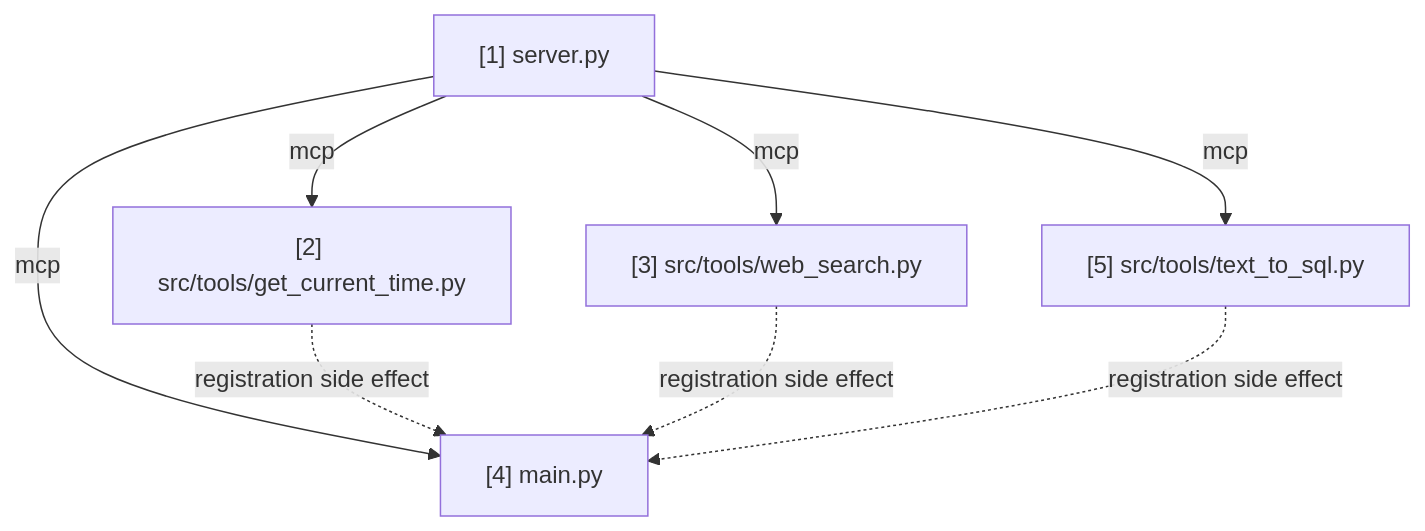
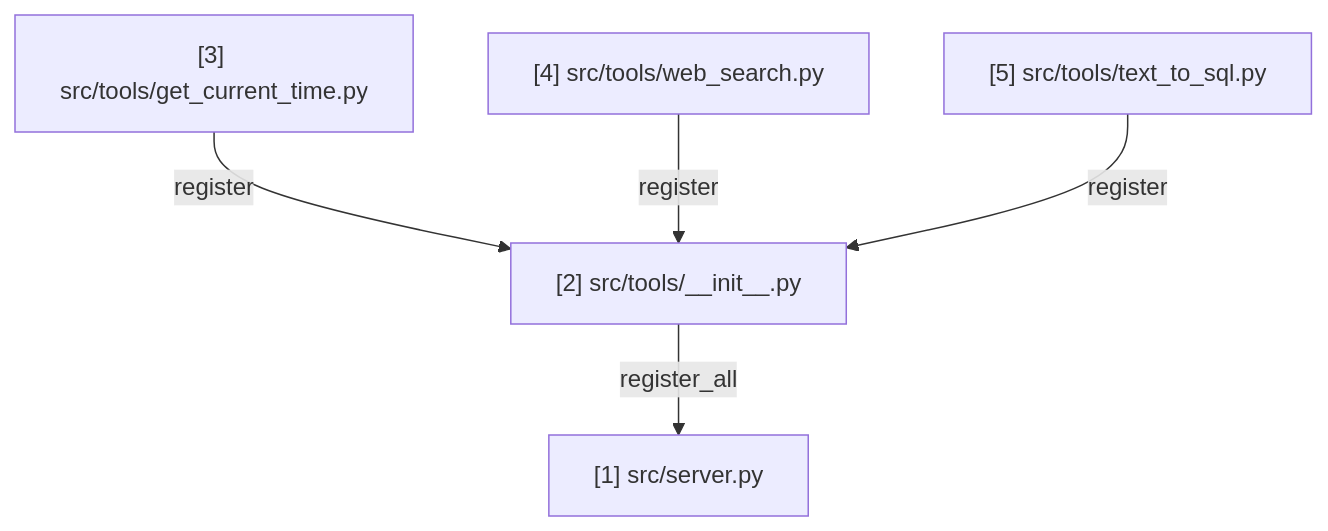
Before and after one commit to viplav-artha/mcp-tools: the diagram in NOTES.md, drawn with Mermaid. The commit also changed other lines of this file and 14 other files, not shown here.

Commit message:
Switch to fastmcp, merge entry point into src/server.py, add register_all and architecture docs

````diff
--- a/NOTES.md
+++ b/NOTES.md
@@ -73,15 +78,12 @@
 ```mermaid
 graph TD
-    n1["[1] server.py"]
-    n2["[2] src/tools/get_current_time.py"]
-    n3["[3] src/tools/web_search.py"]
-    n4["[4] main.py"]
+    n1["[1] src/server.py"]
+    n2["[2] src/tools/__init__.py"]
+    n3["[3] src/tools/get_current_time.py"]
+    n4["[4] src/tools/web_search.py"]
     n5["[5] src/tools/text_to_sql.py"]
-    n1 -->|mcp| n2
-    n1 -->|mcp| n3
-    n1 -->|mcp| n4
-    n1 -->|mcp| n5
-    n2 -.->|registration side effect| n4
-    n3 -.->|registration side effect| n4
-    n5 -.->|registration side effect| n4
+    n3 -->|register| n2
+    n4 -->|register| n2
+    n5 -->|register| n2
+    n2 -->|register_all| n1
 ```
````
